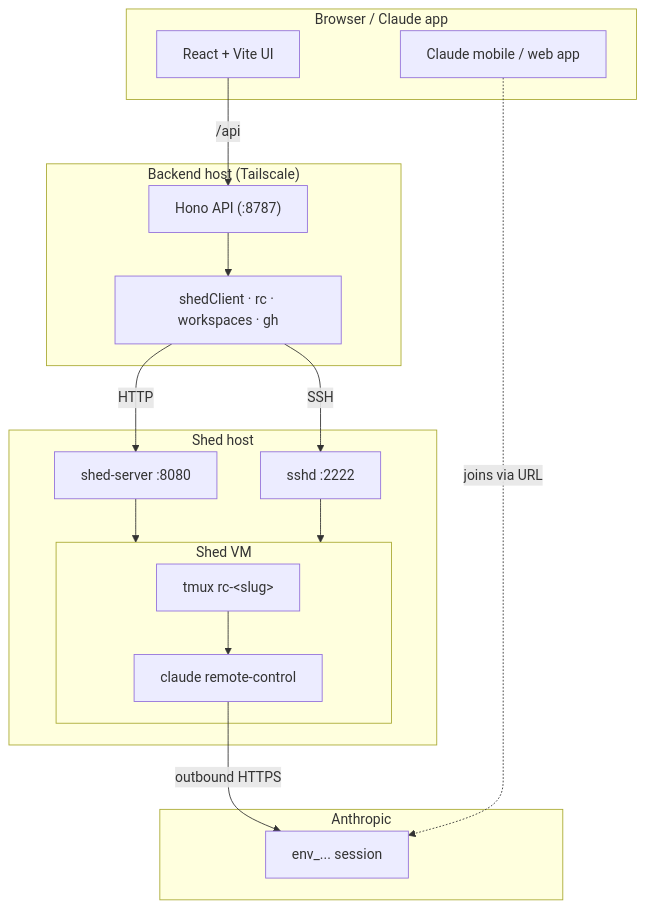
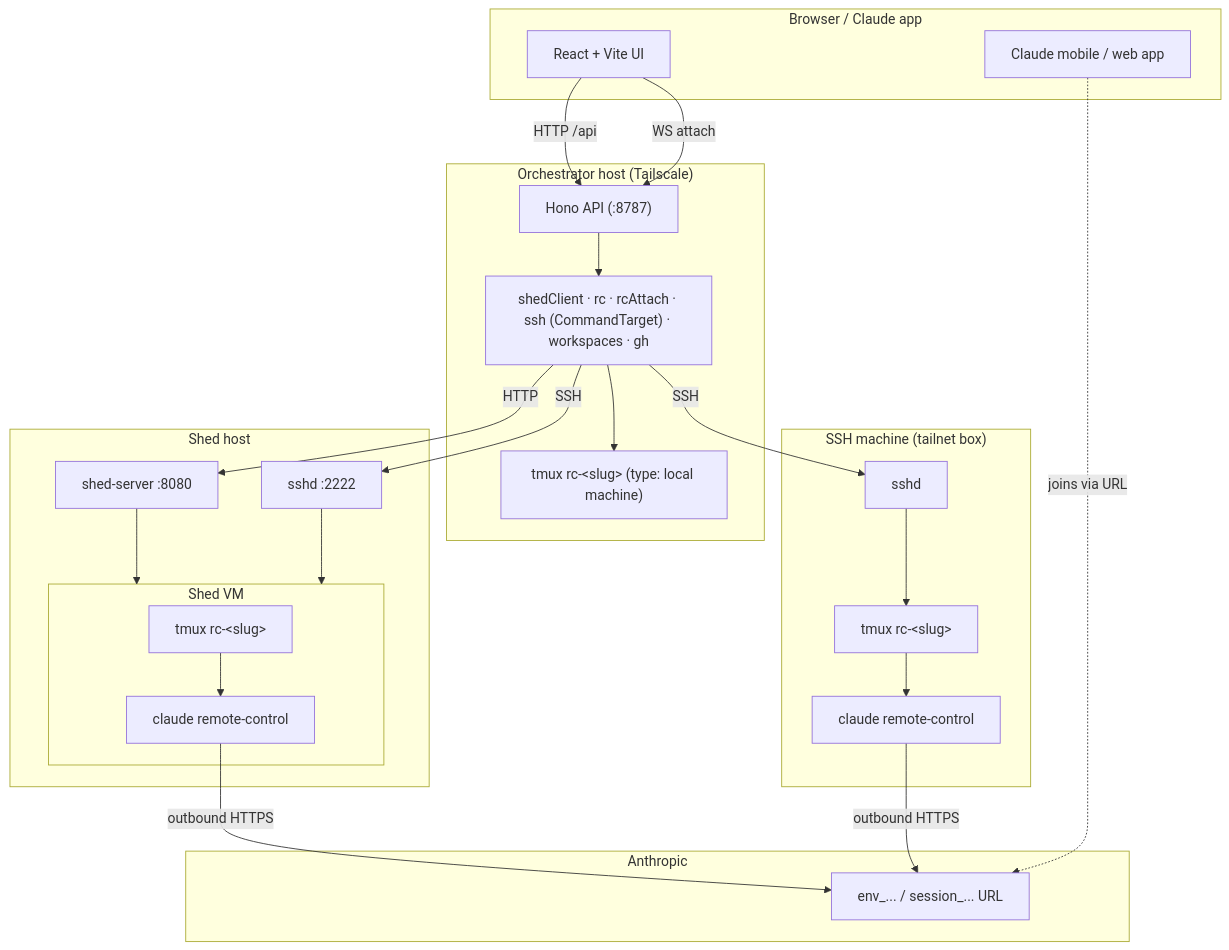
The first of 3 diagrams in docs/development/architecture.md (charliek/shed-remote-agent), drawn with Mermaid before and after one commit. The commit also changed other lines of this file and 26 other files, not shown here.

First line of the commit message:
Add type: local machines + backfill docs for machines / RC kinds / WS attach (#7)

````diff
--- a/docs/development/architecture.md
+++ b/docs/development/architecture.md
@@ -5,35 +5,48 @@
 ```mermaid
 flowchart TB
     subgraph browser["Browser / Claude app"]
         UI["React + Vite UI"]
         CAPP["Claude mobile / web app"]
     end
 
-    subgraph backend["Backend host (Tailscale)"]
+    subgraph backend["Orchestrator host (Tailscale)"]
         API["Hono API (:8787)"]
-        API_LIB["shedClient · rc · workspaces · gh"]
+        API_LIB["shedClient · rc · rcAttach · ssh (CommandTarget) · workspaces · gh"]
+        LOCAL_TMUX["tmux rc-&lt;slug&gt; (type: local machine)"]
         API --> API_LIB
+        API_LIB --> LOCAL_TMUX
     end
 
     subgraph shed_host["Shed host"]
         SS["shed-server :8080"]
         SSHD["sshd :2222"]
         subgraph VM["Shed VM"]
-            TMUX["tmux rc-&lt;slug&gt;"]
-            CLAUDE["claude remote-control"]
-            TMUX --> CLAUDE
+            STMUX["tmux rc-&lt;slug&gt;"]
+            SCLAUDE["claude remote-control"]
+            STMUX --> SCLAUDE
         end
         SS --> VM
         SSHD --> VM
     end
 
-    subgraph anthropic["Anthropic"]
-        ENV["env_... session"]
+    subgraph ssh_machine["SSH machine (tailnet box)"]
+        MSSHD["sshd"]
+        MTMUX["tmux rc-&lt;slug&gt;"]
+        MCLAUDE["claude remote-control"]
+        MTMUX --> MCLAUDE
+        MSSHD --> MTMUX
     end
 
-    UI -->|"/api"| API
+    subgraph anthropic["Anthropic"]
+        ENV["env_... / session_... URL"]
+    end
+
+    UI -->|HTTP /api| API
+    UI -->|WS attach| API
     API_LIB -->|HTTP| SS
     API_LIB -->|SSH| SSHD
-    CLAUDE -->|outbound HTTPS| ENV
+    API_LIB -->|SSH| MSSHD
+    SCLAUDE -->|outbound HTTPS| ENV
+    MCLAUDE -->|outbound HTTPS| ENV
     CAPP -.joins via URL.-> ENV
 ```
````
